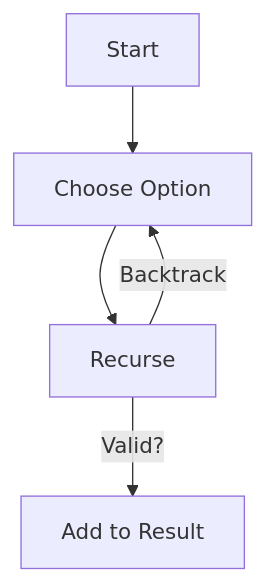
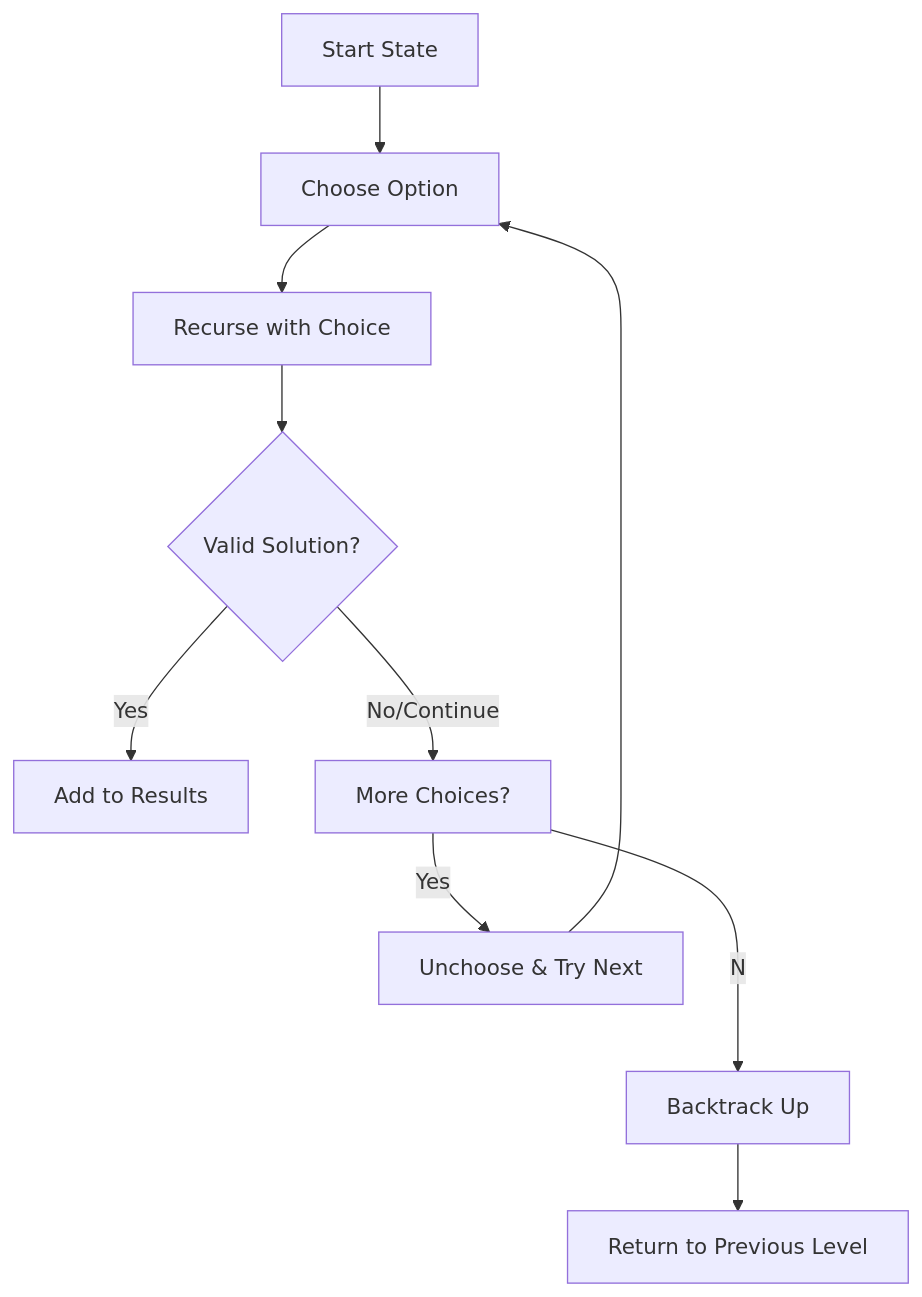
One commit to sbeeredd04/LeetCode changed the ninth of 9 diagrams in Notes.md. Above: the diagram before and after it, drawn with Mermaid. The commit also changed other lines of this file and 3 other files, not shown here.

````diff
--- a/Notes.md
+++ b/Notes.md
@@ -410,7 +494,12 @@
 ```mermaid
 graph TD
-    A[Start] --> B[Choose Option]
-    B --> C[Recurse]
-    C --Valid?--> D[Add to Result]
-    C --Backtrack--> B
+    A[Start State] --> B[Choose Option]
+    B --> C[Recurse with Choice]
+    C --> D{Valid Solution?}
+    D --Yes--> E[Add to Results]
+    D --No/Continue--> F[More Choices?]
+    F --Yes--> G[Unchoose & Try Next]
+    F --No--> H[Backtrack Up]
+    G --> B
+    H --> I[Return to Previous Level]
 ```
````
